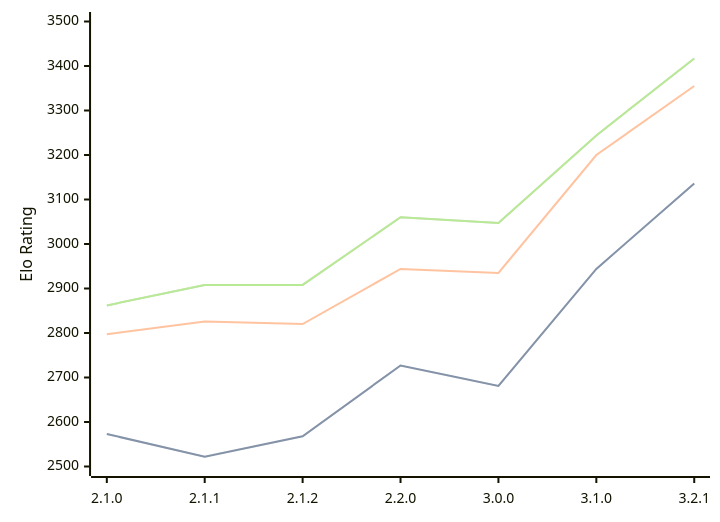
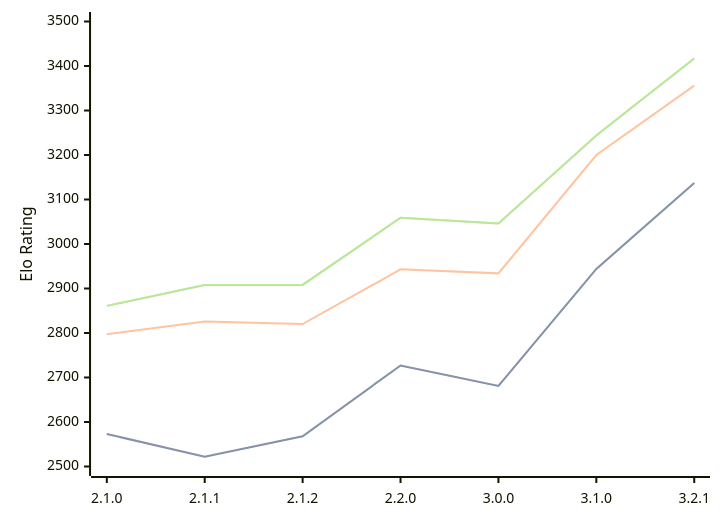
The diagram in engines/Prune.md (computer-chess-index/cci), drawn with Mermaid before and after one commit. The commit also changed other lines of this file, not shown here.

Commit message:
Update CCI Ratings (ELO VLTC) - 2026-03-17

````diff
--- a/engines/Prune.md
+++ b/engines/Prune.md
@@ -40,11 +40,11 @@
 ```mermaid
 %%{init: {"theme":"base","themeVariables":{"seriesColors:['#a3a3a3','#222221','#faa371']}}}%%
 xychart-beta
   x-axis ["2.1.0", "2.1.1", "2.1.2", "2.2.0", "3.0.0", "3.1.0", "3.2.1"]
   y-axis "Elo Rating" 2500 --> 3500
-  line "STC (8.0+0.08s)" [2573, 2522, 2568, 2727, 2681, 2944, 3136]
-  line "STC (8.0+0.08s)" [2573, 2522, 2568, 2727, 2681, 2944, 3136]
-  line "LTC (60.0+0.60s)" [2797, 2826, 2820, 2944, 2935, 3200, 3355]
-  line "VLTC (2m24s+1.12s)" [2862, 2908, 2908, 3060, 3047, 3244, 3417]
-  line "VLTC (2m24s+1.12s)" [2862, 2908, 2908, 3060, 3047, 3244, 3417]
+  line "STC (8.0+0.08s)" [2573, 2522, 2568, 2727, 2681, 2944, 3137]
+  line "STC (8.0+0.08s)" [2573, 2522, 2568, 2727, 2681, 2944, 3137]
+  line "LTC (60.0+0.60s)" [2797, 2826, 2820, 2943, 2934, 3200, 3356]
+  line "VLTC (2m24s+1.12s)" [2861, 2908, 2908, 3059, 3046, 3244, 3417]
+  line "VLTC (2m24s+1.12s)" [2861, 2908, 2908, 3059, 3046, 3244, 3417]
 ```
````
